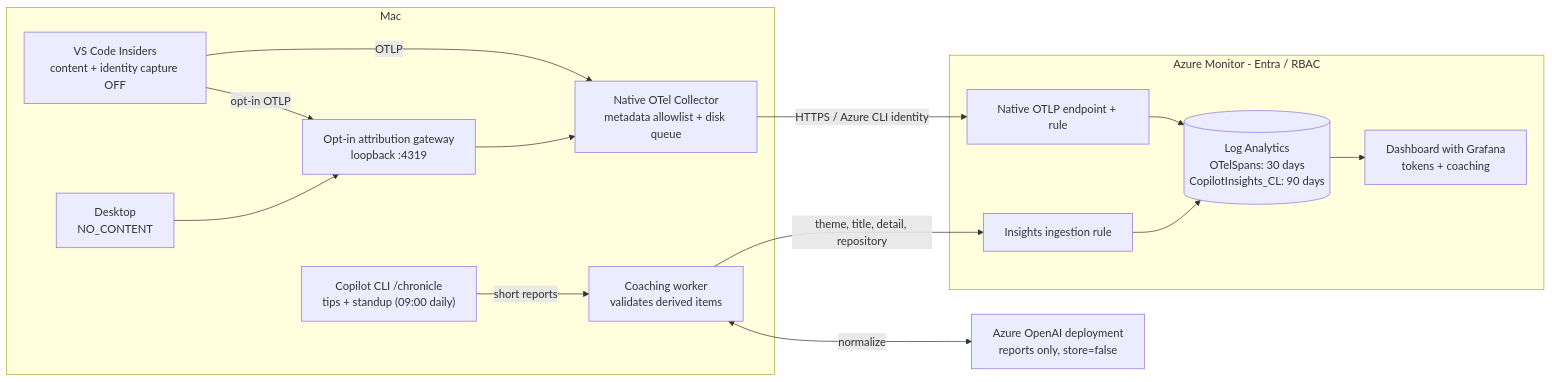
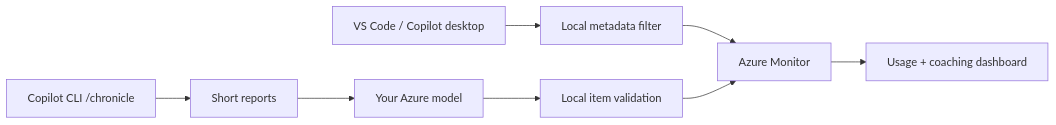
Before and after one commit to prasann/copilot-otel: the diagram in README.md, drawn with Mermaid. The commit also changed other lines of this file and 6 other files, not shown here.

````diff
--- a/README.md
+++ b/README.md
@@ -20,26 +23,10 @@
 ```mermaid
 flowchart LR
-  subgraph Mac["Mac"]
-    Client["VS Code Insiders<br/>content + identity capture OFF"]
-    Gateway["Opt-in attribution gateway<br/>loopback :4319"]
-    Filter["Native OTel Collector<br/>metadata allowlist + disk queue"]
-    Chronicle["Copilot CLI /chronicle<br/>tips + standup (09:00 daily)"]
-    Coach["Coaching worker<br/>validates derived items"]
-    Client -->|OTLP| Filter
-    Client -->|opt-in OTLP| Gateway --> Filter
-    Desktop["Desktop<br/>NO_CONTENT"] --> Gateway
-    Chronicle -->|short reports| Coach
-  end
-  Model["Azure OpenAI deployment<br/>reports only, store=false"]
-  subgraph Azure["Azure Monitor - Entra / RBAC"]
-    OTLP["Native OTLP endpoint + rule"]
-    DCR["Insights ingestion rule"]
-    Logs[("Log Analytics<br/>OTelSpans: 30 days<br/>CopilotInsights_CL: 90 days")]
-    Dashboard["Dashboard with Grafana<br/>tokens + coaching"]
-    OTLP --> Logs
-    DCR --> Logs --> Dashboard
-  end
-  Filter -->|HTTPS / Azure CLI identity| OTLP
-  Coach <-->|normalize| Model
-  Coach -->|theme, title, detail, repository| DCR
+  Clients["VS Code / Copilot desktop"] --> Collector["Local metadata filter"]
+  Collector --> Logs["Azure Monitor"]
+  Chronicle["Copilot CLI /chronicle"] --> Reports["Short reports"]
+  Reports --> Model["Your Azure model"]
+  Model --> Validation["Local item validation"]
+  Validation --> Logs
+  Logs --> Dashboard["Usage + coaching dashboard"]
 ```
````
